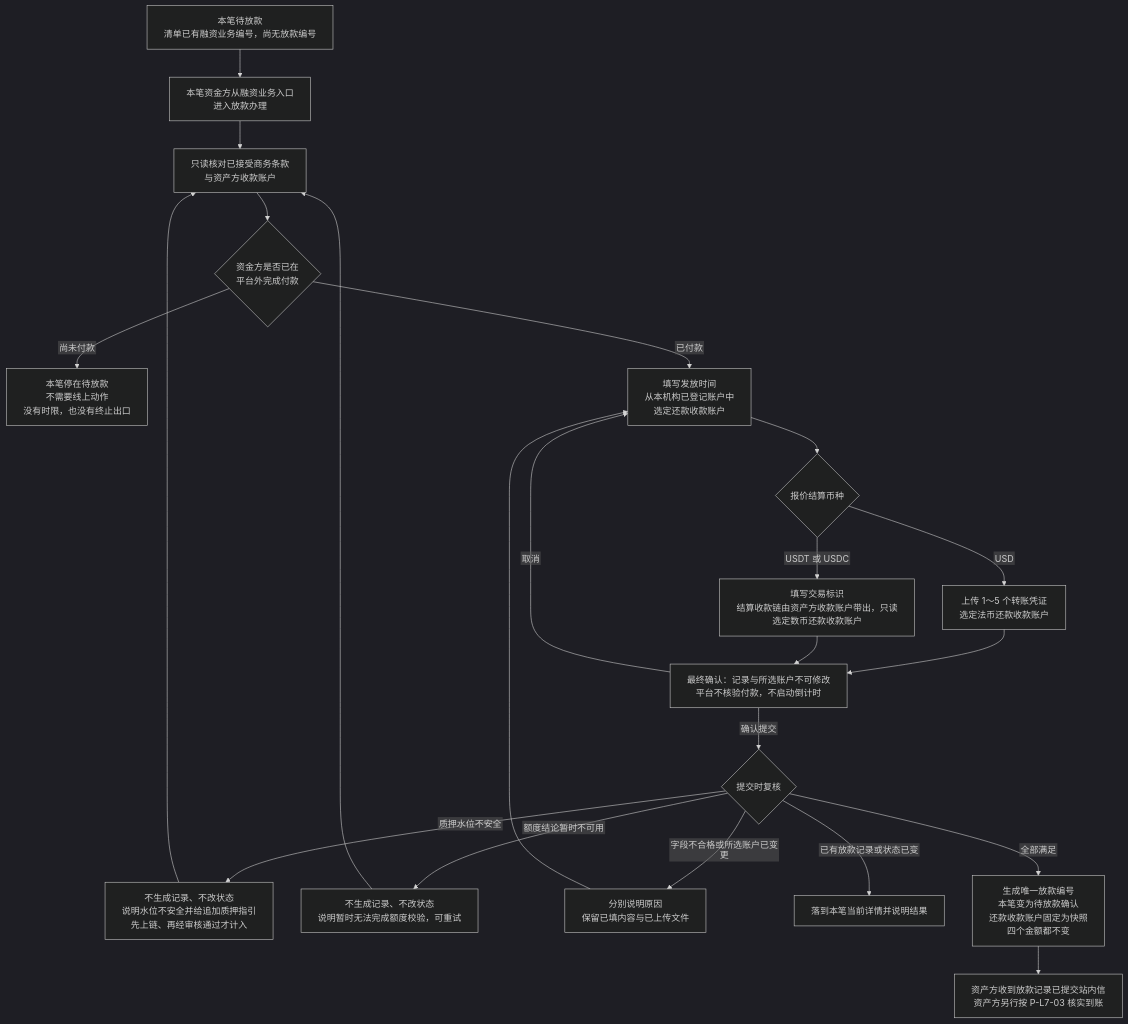
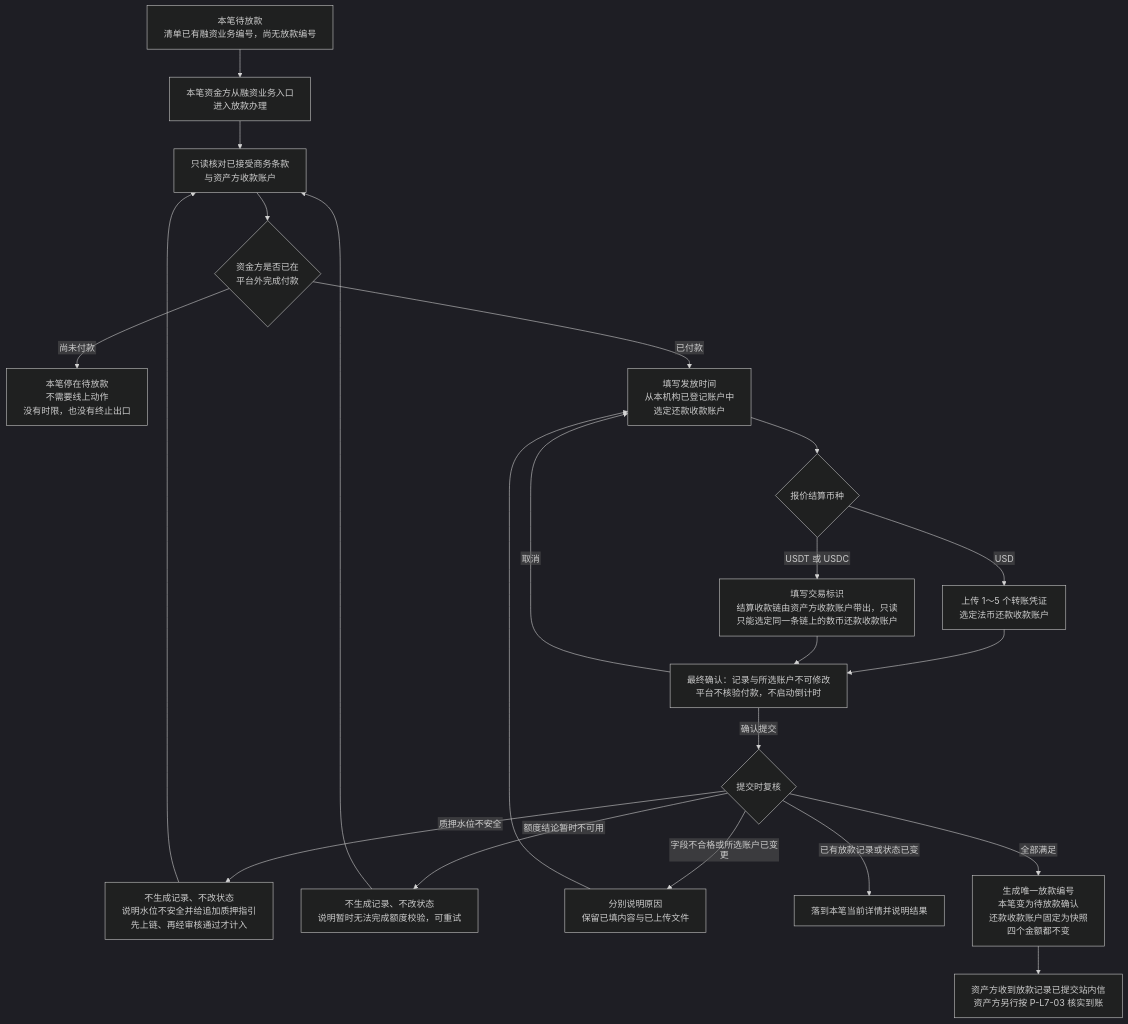
The second of 4 diagrams in lending-platform/PRD/面客端/07-借贷广场-放款与放款确认/02-放款与放款确认-流程图与状态机.md (wxblockchain/Chain-Financing), drawn with Mermaid (dark theme) before and after one commit. The commit also changed other lines of this file and 4 other files, not shown here.

````diff
--- a/lending-platform/PRD/面客端/07-借贷广场-放款与放款确认/02-放款与放款确认-流程图与状态机.md
+++ b/lending-platform/PRD/面客端/07-借贷广场-放款与放款确认/02-放款与放款确认-流程图与状态机.md
@@ -42,25 +42,25 @@
 ```mermaid
 %%{init: {"flowchart": {"htmlLabels": false, "wrappingWidth": 400}}}%%
 flowchart TD
   A["本笔待放款<br/>清单已有融资业务编号，尚无放款编号"] --> B["本笔资金方从融资业务入口<br/>进入放款办理"]
   B --> C["只读核对已接受商务条款<br/>与资产方收款账户"]
   C --> D{"资金方是否已在<br/>平台外完成付款"}
   D -->|"尚未付款"| E["本笔停在待放款<br/>不需要线上动作<br/>没有时限，也没有终止出口"]
   D -->|"已付款"| F["填写发放时间<br/>从本机构已登记账户中<br/>选定还款收款账户"]
   F --> G{"报价结算币种"}
   G -->|"USD"| H["上传 1～5 个转账凭证<br/>选定法币还款收款账户"]
-  G -->|"USDT 或 USDC"| I["填写交易标识<br/>结算收款链由资产方收款账户带出，只读<br/>选定数币还款收款账户"]
+  G -->|"USDT 或 USDC"| I["填写交易标识<br/>结算收款链由资产方收款账户带出，只读<br/>只能选定同一条链上的数币还款收款账户"]
   H --> J["最终确认：记录与所选账户不可修改<br/>平台不核验付款，不启动倒计时"]
   I --> J
   J -->|"取消"| F
   J -->|"确认提交"| K{"提交时复核"}
   K -->|"质押水位不安全"| L["不生成记录、不改状态<br/>说明水位不安全并给追加质押指引<br/>先上链、再经审核通过才计入"]
   K -->|"额度结论暂时不可用"| M["不生成记录、不改状态<br/>说明暂时无法完成额度校验，可重试"]
   K -->|"字段不合格或所选账户已变更"| N["分别说明原因<br/>保留已填内容与已上传文件"]
   K -->|"已有放款记录或状态已变"| O["落到本笔当前详情并说明结果"]
   K -->|"全部满足"| P["生成唯一放款编号<br/>本笔变为待放款确认<br/>还款收款账户固定为快照<br/>四个金额都不变"]
   L --> C
   M --> C
   N --> F
   P --> Q["资产方收到放款记录已提交站内信<br/>资产方另行按 P-L7-03 核实到账"]
 ```
````
